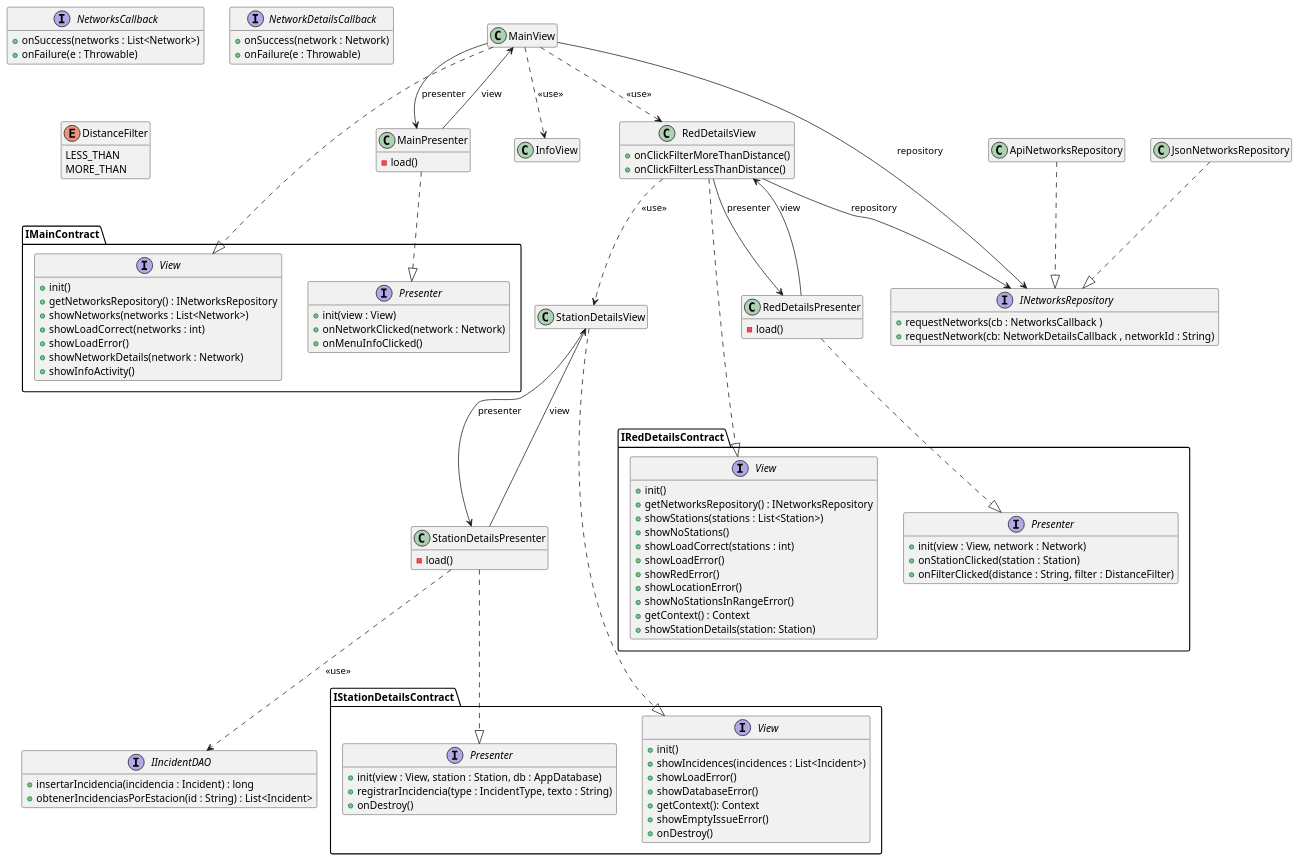
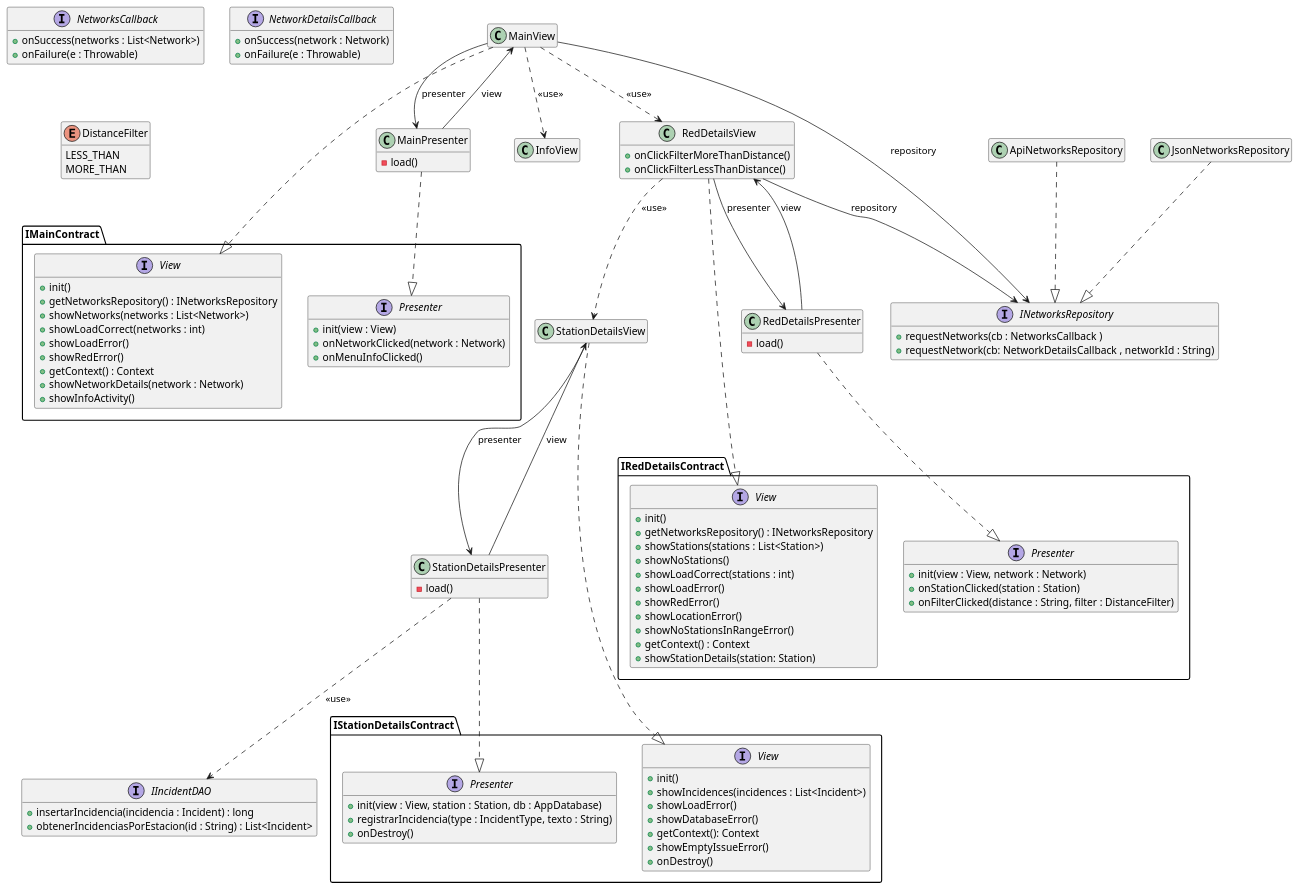
One commit to isunican/App-Bicis-Grupo1 changed the diagram in Docs/Models/architecture.puml. Above: the diagram before and after it, drawn with PlantUML. The commit also changed 1 other file, not shown here.

```diff
--- a/Docs/Models/architecture.puml
+++ b/Docs/Models/architecture.puml
@@ -1,134 +1,136 @@
 @startuml architecture
 
 hide empty members
 
 MainView ..|> IMainContract.View
 MainPresenter ..|> IMainContract.Presenter
 MainView --> INetworksRepository : repository
 ApiNetworksRepository ..|> INetworksRepository
 JsonNetworksRepository ..|> INetworksRepository
 MainView --> MainPresenter : presenter
 MainPresenter --> MainView : view
 MainView ..> InfoView : <<use>>
 MainView ..> RedDetailsView : <<use>>
 RedDetailsView ..> StationDetailsView : <<use>>
 
 RedDetailsView ..|> IRedDetailsContract.View
 RedDetailsPresenter ..|> IRedDetailsContract.Presenter
 RedDetailsView --> INetworksRepository : repository
 RedDetailsView --> RedDetailsPresenter : presenter
 RedDetailsPresenter --> RedDetailsView : view
 
 StationDetailsView ..|> IStationDetailsContract.View
 StationDetailsPresenter ..|> IStationDetailsContract.Presenter
 StationDetailsView --> StationDetailsPresenter : presenter
 StationDetailsPresenter --> StationDetailsView : view
 StationDetailsPresenter ..> IIncidentDAO : <<use>>
 
 
 class MainView {
 }
 
 class MainPresenter {
     -load()
 }
 
 class InfoView
 
 class StationDetailsView{
 }
 
 class StationDetailsPresenter {
     -load()
 }
 
 
 class RedDetailsView {
     +onClickFilterMoreThanDistance()
     +onClickFilterLessThanDistance()
 }
 class RedDetailsPresenter {
     -load()
 }
 
 class ApiNetworksRepository
 class JsonNetworksRepository
 
 interface IMainContract.View {
     + init()
     + getNetworksRepository() : INetworksRepository
     + showNetworks(networks : List<Network>)
     + showLoadCorrect(networks : int)
     + showLoadError()
+    + showRedError()
+    + getContext() : Context
     + showNetworkDetails(network : Network)
     + showInfoActivity()
 }
 
 interface IMainContract.Presenter {
     + init(view : View)
     + onNetworkClicked(network : Network)
     + onMenuInfoClicked()
 }
 
 interface IRedDetailsContract.View {
     + init()
     + getNetworksRepository() : INetworksRepository
     + showStations(stations : List<Station>)
     + showNoStations()
     + showLoadCorrect(stations : int)
     + showLoadError()
     + showRedError()
     + showLocationError()
     + showNoStationsInRangeError()
     + getContext() : Context
     + showStationDetails(station: Station)
 }
 
 interface IRedDetailsContract.Presenter {
     + init(view : View, network : Network)
     + onStationClicked(station : Station)
     + onFilterClicked(distance : String, filter : DistanceFilter)
 }
 
 interface INetworksRepository {
     + requestNetworks(cb : NetworksCallback )
     + requestNetwork(cb: NetworkDetailsCallback , networkId : String)
 }
 
 interface NetworksCallback {
     + onSuccess(networks : List<Network>)
     + onFailure(e : Throwable)
 }
 
 interface NetworkDetailsCallback {
     + onSuccess(network : Network)
     + onFailure(e : Throwable)
 }
 
 enum DistanceFilter {
     LESS_THAN
     MORE_THAN
 }
 
 interface IStationDetailsContract.Presenter {
     + init(view : View, station : Station, db : AppDatabase)
     + registrarIncidencia(type : IncidentType, texto : String)
     + onDestroy()
 }
 
 interface IStationDetailsContract.View {
     + init()
     + showIncidences(incidences : List<Incident>)
     + showLoadError()
     + showDatabaseError()
     + getContext(): Context
     + showEmptyIssueError()
     + onDestroy()
 }
 
 interface IIncidentDAO {
     + insertarIncidencia(incidencia : Incident) : long
     + obtenerIncidenciasPorEstacion(id : String) : List<Incident>
 }
 
 @enduml
```
